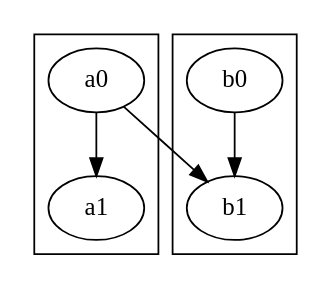
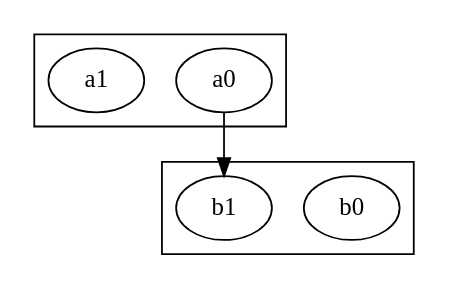
The diagram in protected/runtime/actualResource.dot (stefanrinderle/SoftViz3D), drawn with Graphviz before and after one commit. The commit also changed 9 other files, not shown here.

```diff
--- a/protected/runtime/actualResource.dot
+++ b/protected/runtime/actualResource.dot
@@ -1,13 +1,11 @@
 digraph G {
 	subgraph cluster_0 {
 		a0;
 		a1;
-		a0 -> a1;
 	}
 	subgraph cluster_1 {
 		b0;
 		b1;
-		b0 -> b1;
 	}
 	a0 -> b1;
 }
```
